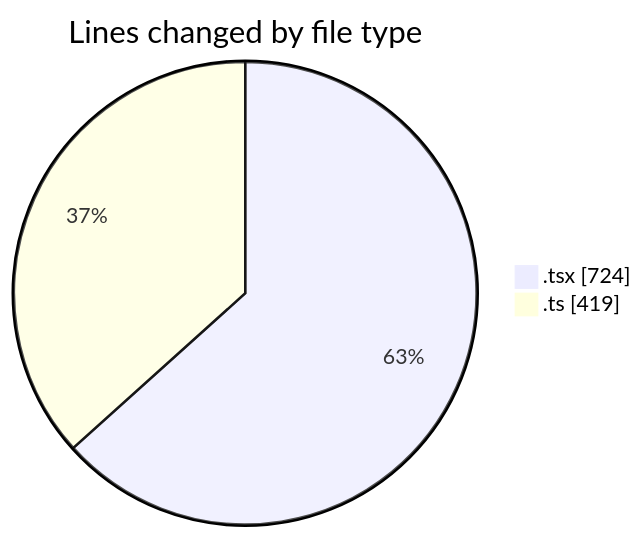
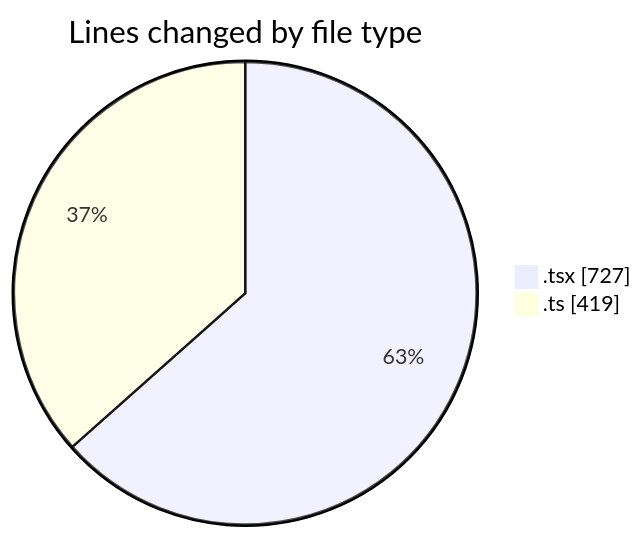
Before and after one commit to julien-gomy/code-tracking: the first of 2 diagrams in 2025-10-16/eventscop-frontend-guide__workspace_/README.md, drawn with Mermaid. The commit also changed other lines of this file and 1 other file, not shown here.

````diff
--- a/2025-10-16/eventscop-frontend-guide__workspace_/README.md
+++ b/2025-10-16/eventscop-frontend-guide__workspace_/README.md
@@ -29,6 +29,6 @@
 ```mermaid
 pie showData
 title Lines changed by file type
-".tsx" : 724
+".tsx" : 727
 ".ts" : 419
 ```
````
